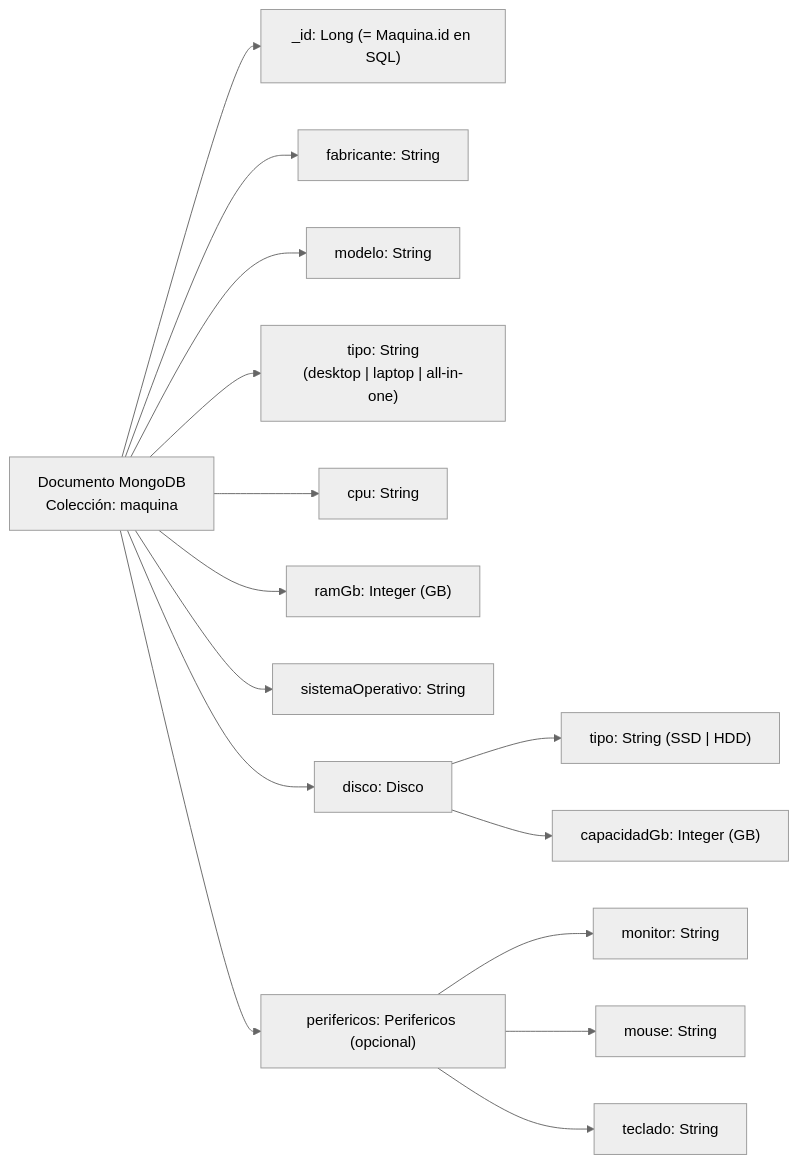
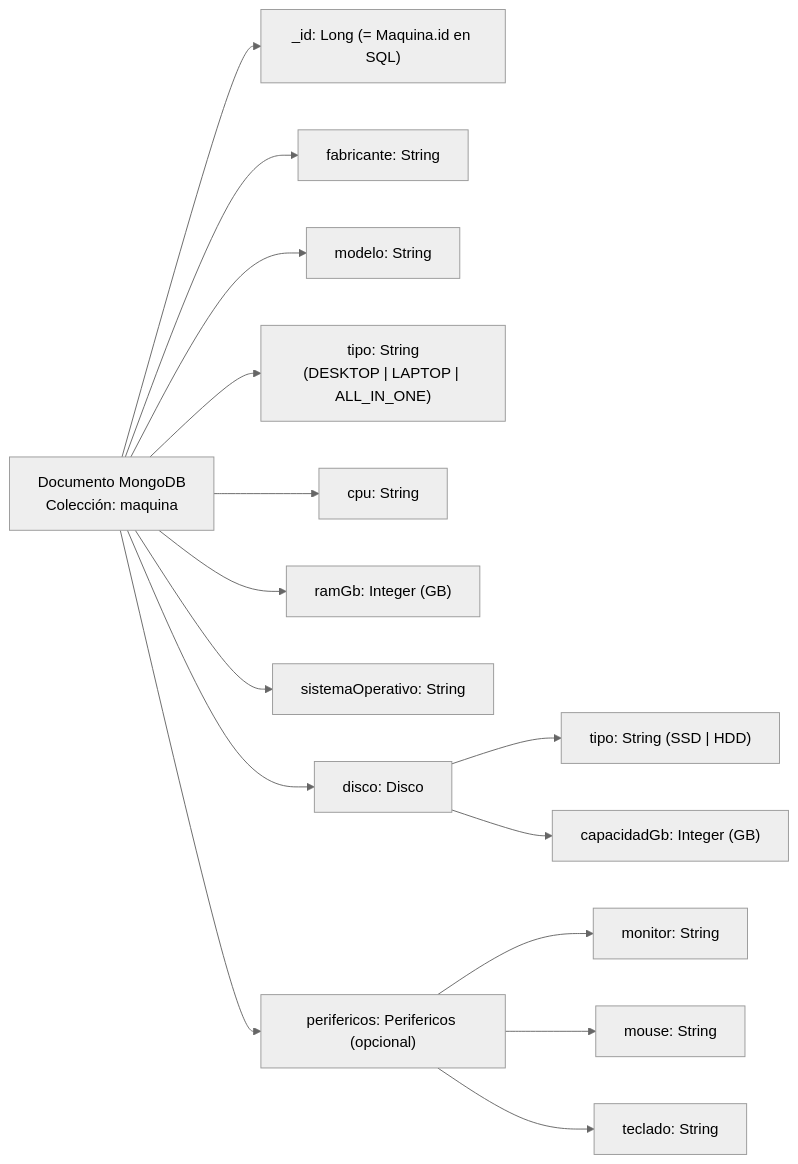
One commit to juanmahumeniuk/egi-inventario-seguro changed the third of 6 diagrams in docs/Informe_EGI_Inventario.md. Above: the diagram before and after it, drawn with Mermaid (neutral theme). The commit also changed other lines of this file and 4 other files, not shown here.

````diff
--- a/docs/Informe_EGI_Inventario.md
+++ b/docs/Informe_EGI_Inventario.md
@@ -146,20 +146,20 @@
 ```mermaid
 graph LR
     DOC["Documento MongoDB\nColección: maquina"]
     DOC --> _id["_id: Long (= Maquina.id en SQL)"]
     DOC --> fabricante["fabricante: String"]
     DOC --> modelo["modelo: String"]
-    DOC --> tipo["tipo: String\n(desktop | laptop | all-in-one)"]
+    DOC --> tipo["tipo: String\n(DESKTOP | LAPTOP | ALL_IN_ONE)"]
     DOC --> cpu["cpu: String"]
     DOC --> ramGb["ramGb: Integer (GB)"]
     DOC --> sistemaOperativo["sistemaOperativo: String"]
     DOC --> disco["disco: Disco"]
     DOC --> perifericos["perifericos: Perifericos (opcional)"]
 
     disco --> dt["tipo: String (SSD | HDD)"]
     disco --> dc["capacidadGb: Integer (GB)"]
 
     perifericos --> pm["monitor: String"]
     perifericos --> pmo["mouse: String"]
     perifericos --> pt["teclado: String"]
 ```
````
